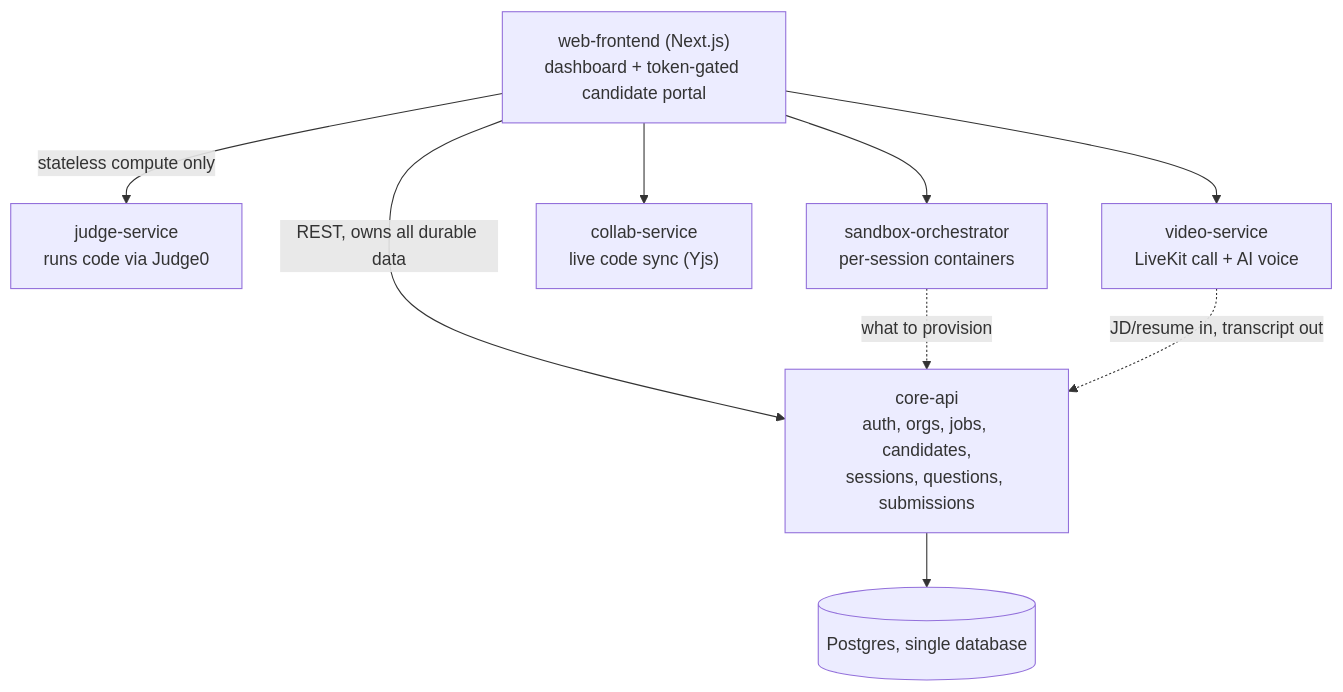
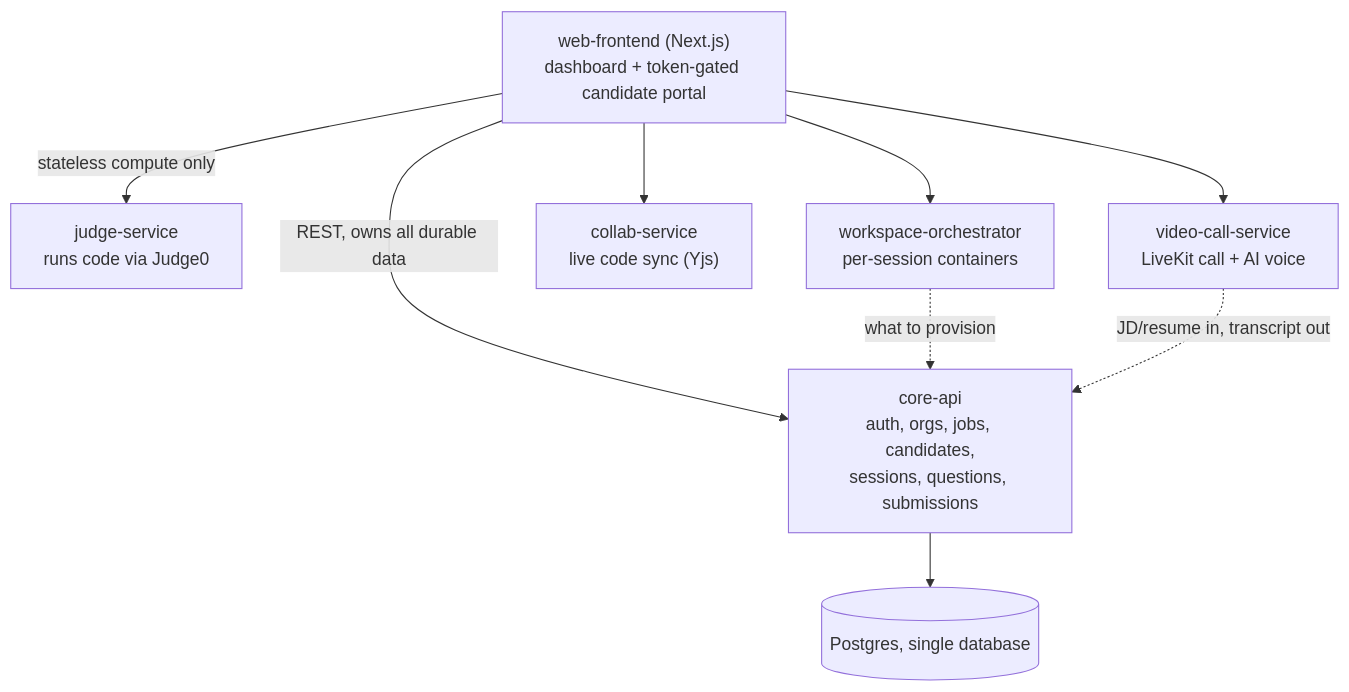
The first of 2 diagrams in README.md (Umer-2612/platform), drawn with Mermaid before and after one commit. The commit also changed other lines of this file and 1 other file, not shown here.

First line of the commit message:
chore: rename sandbox-orchestrator to workspace-orchestrator, video-service to video-call-service

````diff
--- a/README.md
+++ b/README.md
@@ -73,15 +73,15 @@
 ```mermaid
 flowchart TB
     FE["web-frontend (Next.js)\ndashboard + token-gated candidate portal"]
 
     FE -->|"REST, owns all durable data"| Core["core-api\nauth, orgs, jobs, candidates,\nsessions, questions, submissions"]
     FE -->|"stateless compute only"| Judge["judge-service\nruns code via Judge0"]
-    FE --> Video["video-service\nLiveKit call + AI voice"]
+    FE --> Video["video-call-service\nLiveKit call + AI voice"]
     FE --> Collab["collab-service\nlive code sync (Yjs)"]
-    FE --> Sandbox["sandbox-orchestrator\nper-session containers"]
+    FE --> Sandbox["workspace-orchestrator\nper-session containers"]
 
     Sandbox -.->|"what to provision"| Core
     Video -.->|"JD/resume in, transcript out"| Core
 
     Core --> DB[("Postgres, single database")]
 ```
````
